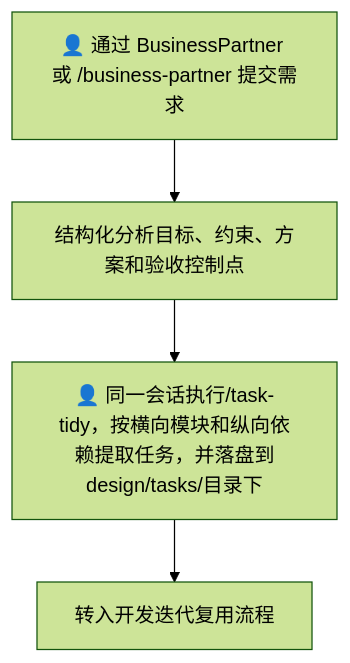
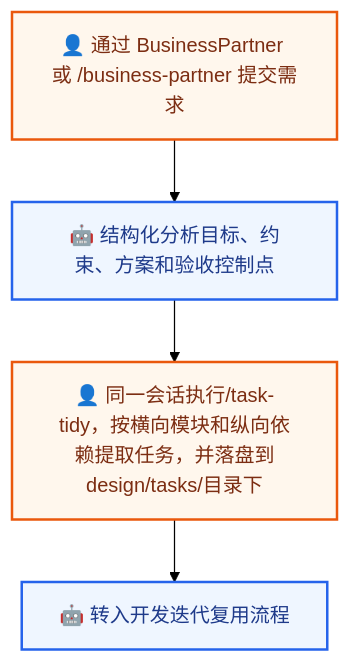
Before and after one commit to derekhu0002/Argo: the first of 5 diagrams in README.md, drawn with Mermaid (forest theme). The commit also changed other lines of this file, not shown here.

````diff
--- a/README.md
+++ b/README.md
@@ -63,6 +66,10 @@
 ```mermaid
 flowchart TD
-    A[👤 通过 BusinessPartner 或 /business-partner 提交需求] --> B[结构化分析目标、约束、方案和验收控制点]
+    A[👤 通过 BusinessPartner 或 /business-partner 提交需求] --> B[🤖 结构化分析目标、约束、方案和验收控制点]
     B --> D[👤 同一会话执行/task-tidy，按横向模块和纵向依赖提取任务，并落盘到design/tasks/目录下]
-    D --> E[转入开发迭代复用流程]
+    D --> E[🤖 转入开发迭代复用流程]
+    classDef human fill:#fff7ed,stroke:#ea580c,color:#7c2d12,stroke-width:2px
+    classDef ai fill:#eff6ff,stroke:#2563eb,color:#1e3a8a,stroke-width:2px
+    class A,D human
+    class B,E ai
 ```
````
